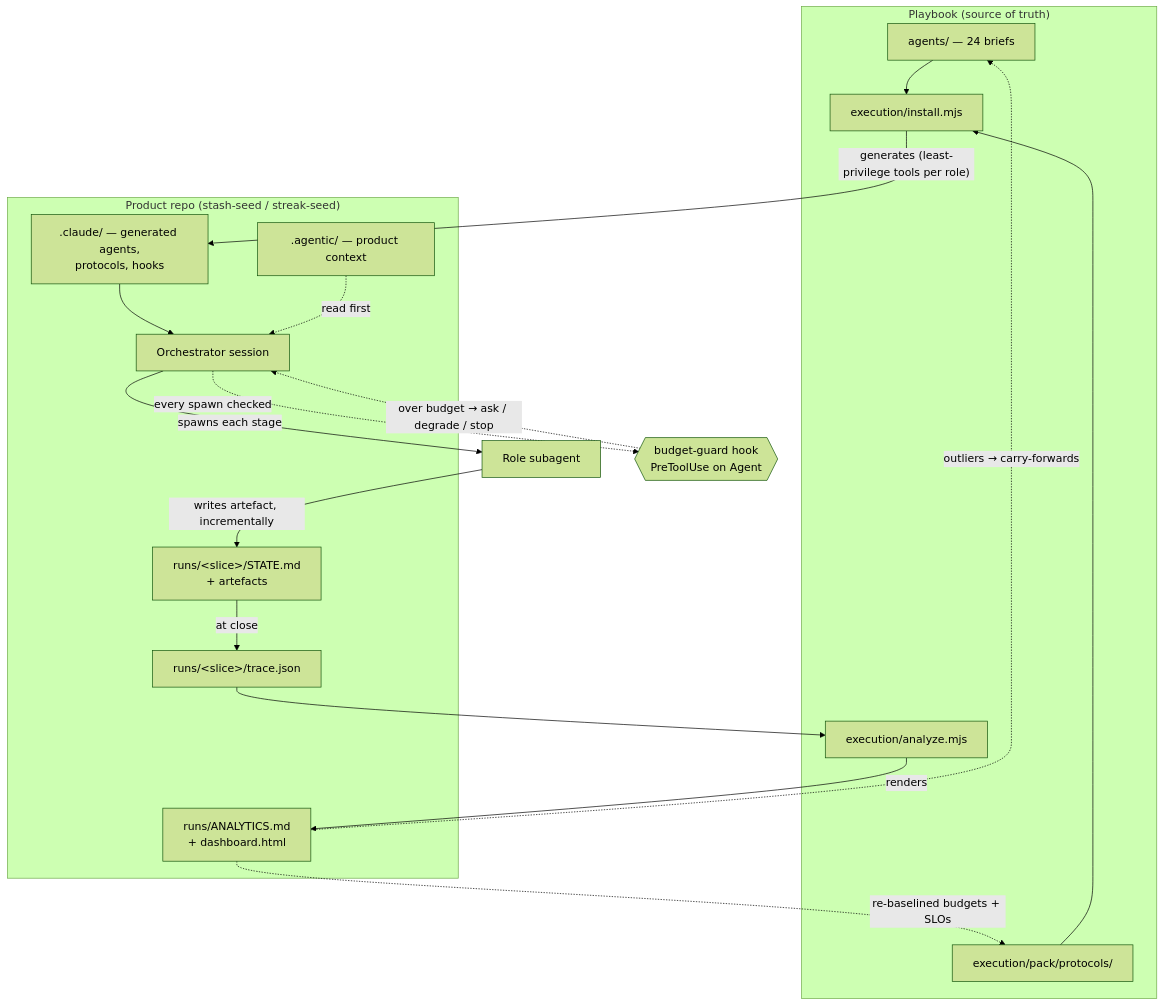
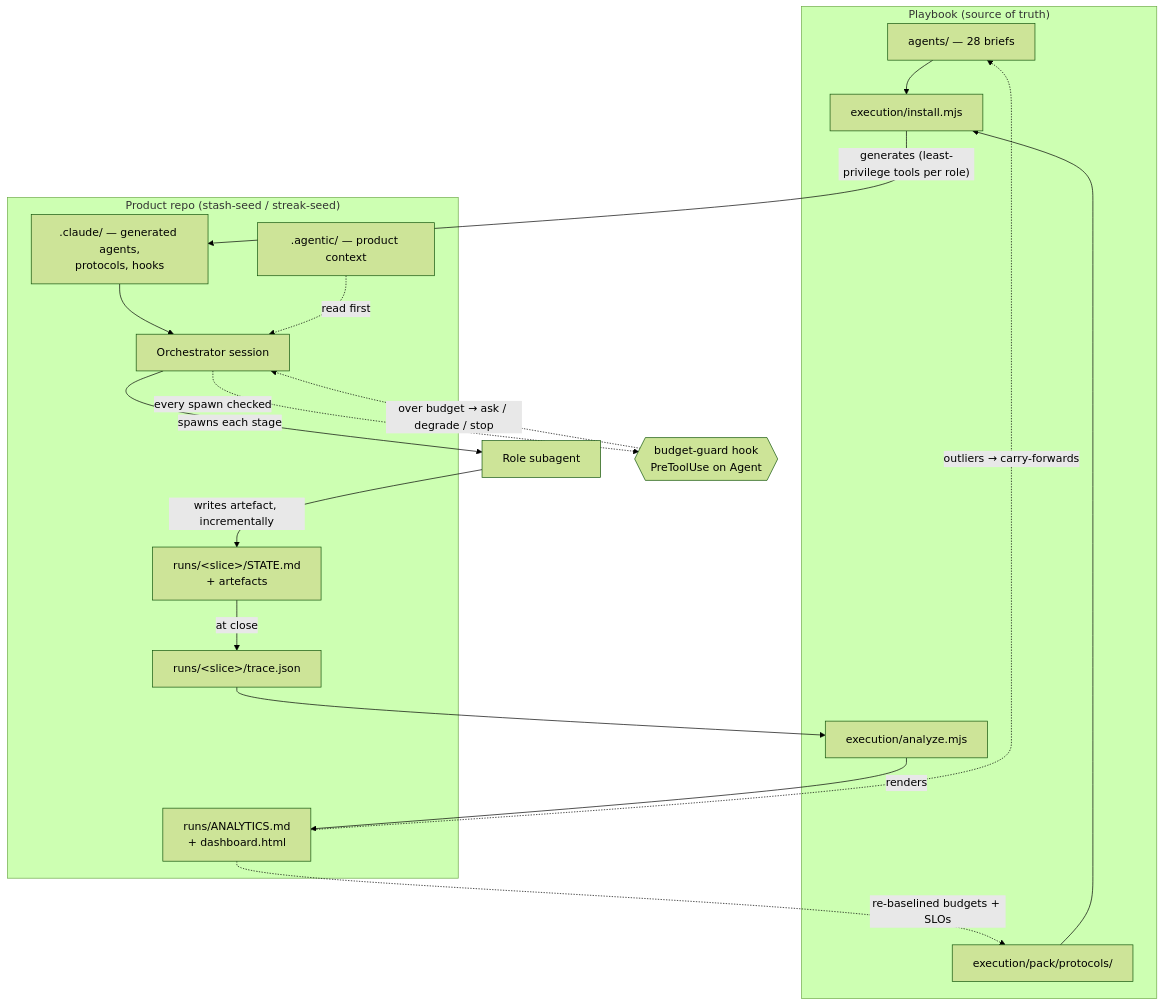
One commit to gpatwa/agentic-sdlc-playbook changed the second of 2 diagrams in docs/ARCHITECTURE.md. Above: the diagram before and after it, drawn with Mermaid (forest theme). The commit also changed other lines of this file and 2 other files, not shown here.

Commit message:
Put the four deploy-and-run roles into the matrix they were missing from
AGENT_ROLES.md listed 24 roles while agents/ held 28. The four absent
briefs were Cloud Deployment, Production Verification, On-Call Engineer
and Customer Support — precisely the deploy-and-run span the lifecycle
leans on hardest, so the matrix understated the part that distinguishes
it. Each row's input, output and handoff is taken from its own brief, not
inferred: Release Manager now hands to Cloud Deployment rather than
straight to Post-Launch, SRE hands to On-Call, and Customer Support drafts
a reply it never sends.

Also corrects two current-state counts that said 24 — the agents/ row and
the mermaid node in ARCHITECTURE.md, and the per-role metrics note in
TELEMETRY.md.

Counts in VALIDATION_MATRIX.md and BACKLOG.md are deliberately left at 24.
Those are dated records of what was true when each was written — T7 mapped
18 skills against the 24 briefs that existed on 2026-08-27 — and editing a
finished finding to match today would falsify the record this file exists
to keep.

````diff
--- a/docs/ARCHITECTURE.md
+++ b/docs/ARCHITECTURE.md
@@ -109,34 +109,34 @@
 ```mermaid
 flowchart TB
     subgraph PB["Playbook (source of truth)"]
-        BR["agents/ — 24 briefs"]
+        BR["agents/ — 28 briefs"]
         PR["execution/pack/protocols/"]
         INS["execution/install.mjs"]
         ANA["execution/analyze.mjs"]
     end
 
     subgraph PROD["Product repo (stash-seed / streak-seed)"]
         CL[".claude/ — generated agents,<br/>protocols, hooks"]
         AGC[".agentic/ — product context"]
         ORCH["Orchestrator session"]
         ST["runs/&lt;slice&gt;/STATE.md<br/>+ artefacts"]
         TR["runs/&lt;slice&gt;/trace.json"]
         OUT["runs/ANALYTICS.md<br/>+ dashboard.html"]
     end
 
     BR --> INS
     PR --> INS
     INS -->|"generates (least-privilege tools per role)"| CL
     CL --> ORCH
     AGC -. "read first" .-> ORCH
     ORCH -->|"spawns each stage"| STG["Role subagent"]
     GUARD{{"budget-guard hook<br/>PreToolUse on Agent"}}
     ORCH -. "every spawn checked" .-> GUARD
     GUARD -. "over budget → ask / degrade / stop" .-> ORCH
     STG -->|"writes artefact, incrementally"| ST
     ST -->|"at close"| TR
     TR --> ANA
     ANA -->|"renders"| OUT
     OUT -.->|"outliers → carry-forwards"| BR
     OUT -.->|"re-baselined budgets + SLOs"| PR
 ```
````
